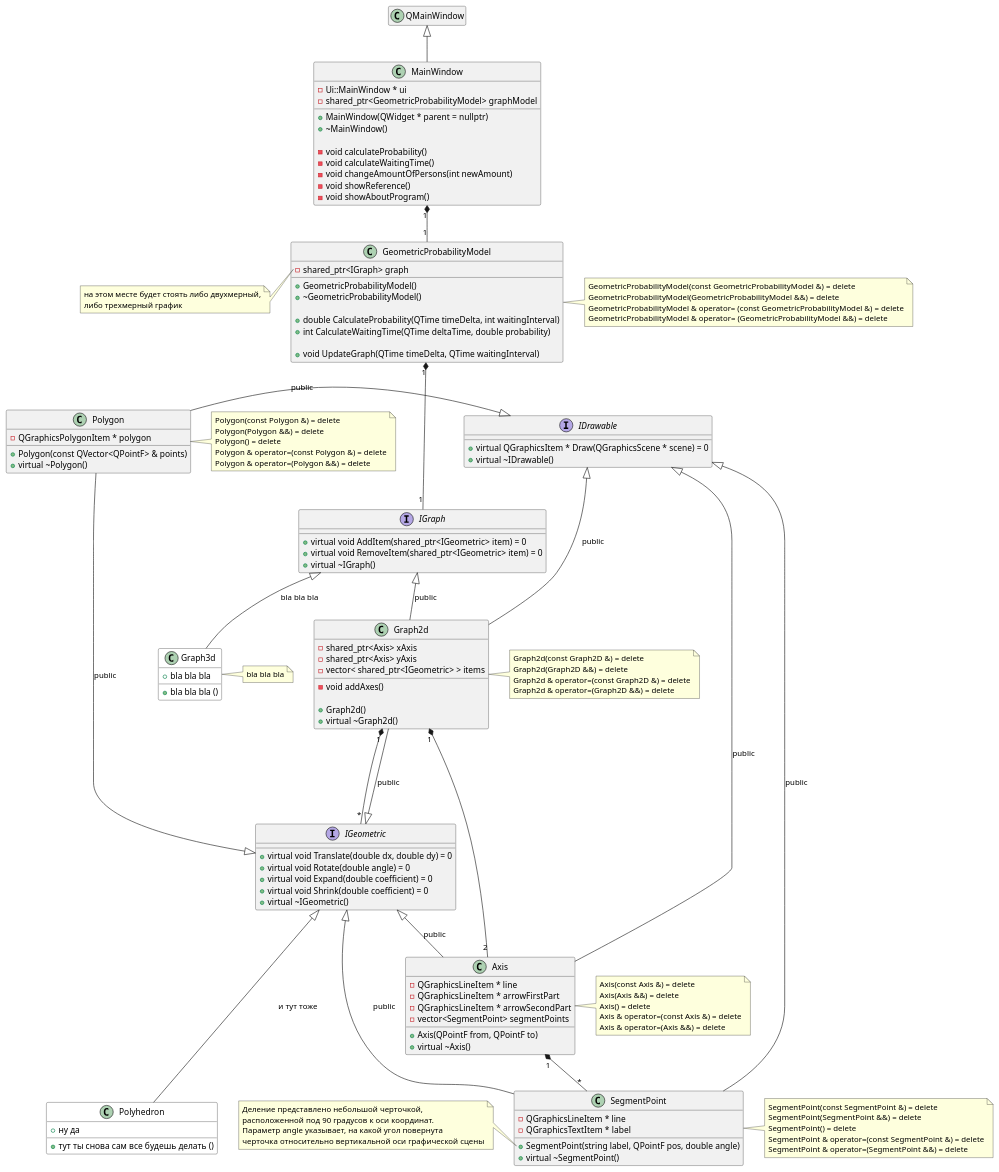
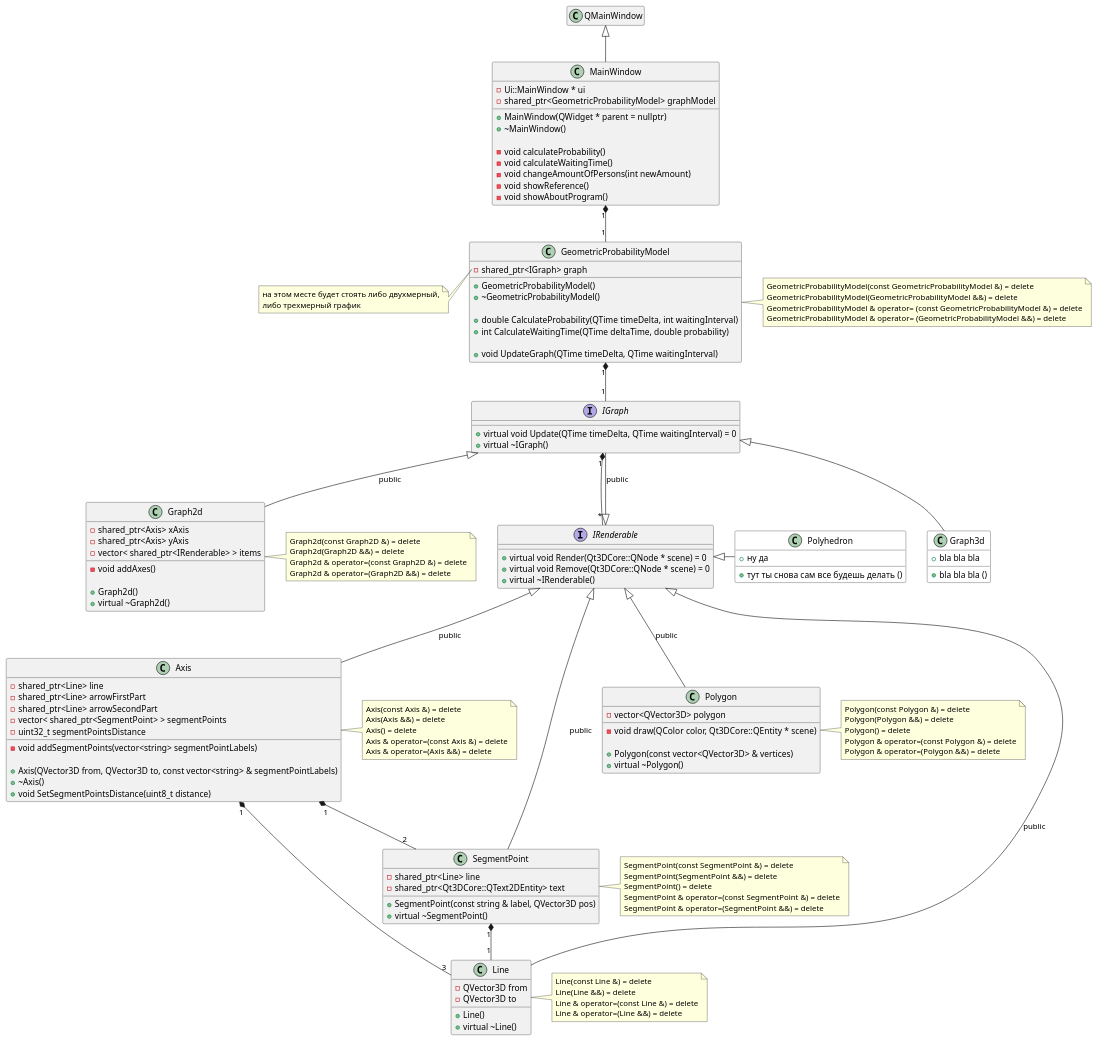
Before and after one commit to HandsAndKeyboards/AppointmentProblem: the diagram in doc/graph2d class.puml, drawn with PlantUML. The commit also changed 1 other file, not shown here.

Commit message:
1. переработан интерфейс IGraph\n 2. система переведена с QGraphicsScene на Qt3D\n 3. подробнее описан класс Axis

```diff
--- a/doc/graph2d class.puml
+++ b/doc/graph2d class.puml
@@ -1,187 +1,187 @@
 @startuml 
 
 'https://plantuml.com/class-diagram
 
 class MainWindow {
     - Ui::MainWindow * ui
     - shared_ptr<GeometricProbabilityModel> graphModel
 
     + MainWindow(QWidget * parent = nullptr)
     + ~MainWindow()
 
     - void calculateProbability()
     - void calculateWaitingTime()
     - void changeAmountOfPersons(int newAmount)
     - void showReference()
     - void showAboutProgram()
 }
 QMainWindow <|-- MainWindow
 hide QMainWindow members
 
 
 
 class GeometricProbabilityModel {
     - shared_ptr<IGraph> graph
 
     + GeometricProbabilityModel()
     + ~GeometricProbabilityModel()
 
     + double CalculateProbability(QTime timeDelta, int waitingInterval)
     + int CalculateWaitingTime(QTime deltaTime, double probability)
 
     + void UpdateGraph(QTime timeDelta, QTime waitingInterval)
 }
 MainWindow "1" *-- "1" GeometricProbabilityModel
 note left of GeometricProbabilityModel::"graph"
     на этом месте будет стоять либо двухмерный,
     либо трехмерный график
 end note
 note right of GeometricProbabilityModel
     GeometricProbabilityModel(const GeometricProbabilityModel &) = delete
     GeometricProbabilityModel(GeometricProbabilityModel &&) = delete
     GeometricProbabilityModel & operator= (const GeometricProbabilityModel &) = delete
     GeometricProbabilityModel & operator= (GeometricProbabilityModel &&) = delete
 end note
 
 
 
 interface IGraph {
-    + virtual void AddItem(shared_ptr<IGeometric> item) = 0
-    + virtual void RemoveItem(shared_ptr<IGeometric> item) = 0
+    + virtual void Update(QTime timeDelta, QTime waitingInterval) = 0
     + virtual ~IGraph()
 }
-GeometricProbabilityModel "1" *--- "1" IGraph
+IRenderable <|-- IGraph : public
+GeometricProbabilityModel "1" *-- "1" IGraph
 note left of IGraph::"mainFigure"
     основная фигура, характеризующая
     геометрическую вероятность
 end note
 note left of IGraph::"boundingFigure"
     фигура, ограничивающая основную
 end note
 
 
 
 class Graph2d {
     - shared_ptr<Axis> xAxis
     - shared_ptr<Axis> yAxis
-    - vector< shared_ptr<IGeometric> > items
+'    - vector< shared_ptr<IGeometric> > items
+    - vector< shared_ptr<IRenderable> > items
 
     - void addAxes()
 
     + Graph2d()
     + virtual ~Graph2d()
 }
 IGraph <|-- Graph2d : public
-IGeometric <|--- Graph2d : public
-IDrawable <|--- Graph2d : public
 note right of Graph2d
     Graph2d(const Graph2D &) = delete
     Graph2d(Graph2D &&) = delete
     Graph2d & operator=(const Graph2D &) = delete
     Graph2d & operator=(Graph2D &&) = delete
 end note
 
 
 
 class Graph3d #white { /' #white окрашивает объект в белый цвет '/
     + bla bla bla
     + bla bla bla ()
 }
-IGraph <|-- Graph3d : bla bla bla
-note right of Graph3d
-    bla bla bla
-end note
+IGraph <|-- Graph3d
 
 
 
 class Axis {
-    - QGraphicsLineItem * line
-    - QGraphicsLineItem * arrowFirstPart
-    - QGraphicsLineItem * arrowSecondPart
-    - vector<SegmentPoint> segmentPoints
+    - shared_ptr<Line> line
+    - shared_ptr<Line> arrowFirstPart
+    - shared_ptr<Line> arrowSecondPart
+    - vector< shared_ptr<SegmentPoint> > segmentPoints
+    - uint32_t segmentPointsDistance
 
-    + Axis(QPointF from, QPointF to)
-    + virtual ~Axis()
+    - void addSegmentPoints(vector<string> segmentPointLabels)
+
+    + Axis(QVector3D from, QVector3D to, const vector<string> & segmentPointLabels)
+    + ~Axis()
+    + void SetSegmentPointsDistance(uint8_t distance)
 }
-IGeometric <|-- Axis : public
-IDrawable <|-- Axis : public
-Graph2d "1" *-- "2" Axis
+IRenderable <|-- Axis : public
 note right of Axis
     Axis(const Axis &) = delete
     Axis(Axis &&) = delete
     Axis() = delete
     Axis & operator=(const Axis &) = delete
     Axis & operator=(Axis &&) = delete
 end note
 
 
 
 class SegmentPoint {
-    - QGraphicsLineItem * line
-    - QGraphicsTextItem * label
+    - shared_ptr<Line> line
+    - shared_ptr<Qt3DCore::QText2DEntity> text
 
-    + SegmentPoint(string label, QPointF pos, double angle)
+    + SegmentPoint(const string & label, QVector3D pos)
     + virtual ~SegmentPoint()
 }
-IDrawable <|-- SegmentPoint : public
-IGeometric <|-- SegmentPoint : public
-Axis "1" *-- "*" SegmentPoint
-note left of SegmentPoint::"SegmentPoint(string label, QPointF pos, double angle)"
-    Деление представлено небольшой черточкой,
-    расположенной под 90 градусов к оси координат.
-    Параметр angle указывает, на какой угол повернута
-    черточка относительно вертикальной оси графической сцены
-end note
+IRenderable <|-- SegmentPoint : public
+Axis "1" *-- "2" SegmentPoint
 note right of SegmentPoint
     SegmentPoint(const SegmentPoint &) = delete
     SegmentPoint(SegmentPoint &&) = delete
     SegmentPoint() = delete
     SegmentPoint & operator=(const SegmentPoint &) = delete
     SegmentPoint & operator=(SegmentPoint &&) = delete
 end note
 
 
 
-interface IGeometric {
-    + virtual void Translate(double dx, double dy) = 0
-    + virtual void Rotate(double angle) = 0
-    + virtual void Expand(double coefficient) = 0
-    + virtual void Shrink(double coefficient) = 0
-    + virtual ~IGeometric()
-}
-Graph2d "1" *-- "*" IGeometric
+class Polygon {
+    - vector<QVector3D> polygon
 
+    - void draw(QColor color, Qt3DCore::QEntity * scene)
 
-class Polygon {
-    - QGraphicsPolygonItem * polygon
-
-    + Polygon(const QVector<QPointF> & points)
+    + Polygon(const vector<QVector3D> & vertices)
     + virtual ~Polygon()
 }
-IGeometric <|-- Polygon : public
-IDrawable <|-left- Polygon : public
+IRenderable <|-- Polygon : public
 note right of Polygon
     Polygon(const Polygon &) = delete
     Polygon(Polygon &&) = delete
     Polygon() = delete
     Polygon & operator=(const Polygon &) = delete
     Polygon & operator=(Polygon &&) = delete
 end note
 
 
 
 class Polyhedron #white { /' #white окрашивает объект в белый цвет '/
     + ну да
     + тут ты снова сам все будешь делать ()
 }
-IGeometric <|--- Polyhedron : и тут тоже
+IRenderable <|- Polyhedron
 
 
 
-interface IDrawable {
-    + virtual QGraphicsItem * Draw(QGraphicsScene * scene) = 0
-    + virtual ~IDrawable()
+interface IRenderable {
+    + virtual void Render(Qt3DCore::QNode * scene) = 0
+    + virtual void Remove(Qt3DCore::QNode * scene) = 0
+    + virtual ~IRenderable()
 }
+IGraph "1" *-- "*" IRenderable
 
+class Line {
+    - QVector3D from
+    - QVector3D to
+
+    + Line()
+    + virtual ~Line()
+}
+IRenderable <|-- Line : public
+SegmentPoint "1" *-- "1" Line
+Axis "1" *-- "3" Line
+note right of Line
+    Line(const Line &) = delete
+    Line(Line &&) = delete
+    Line & operator=(const Line &) = delete
+    Line & operator=(Line &&) = delete
+end note
 
 @enduml
```
